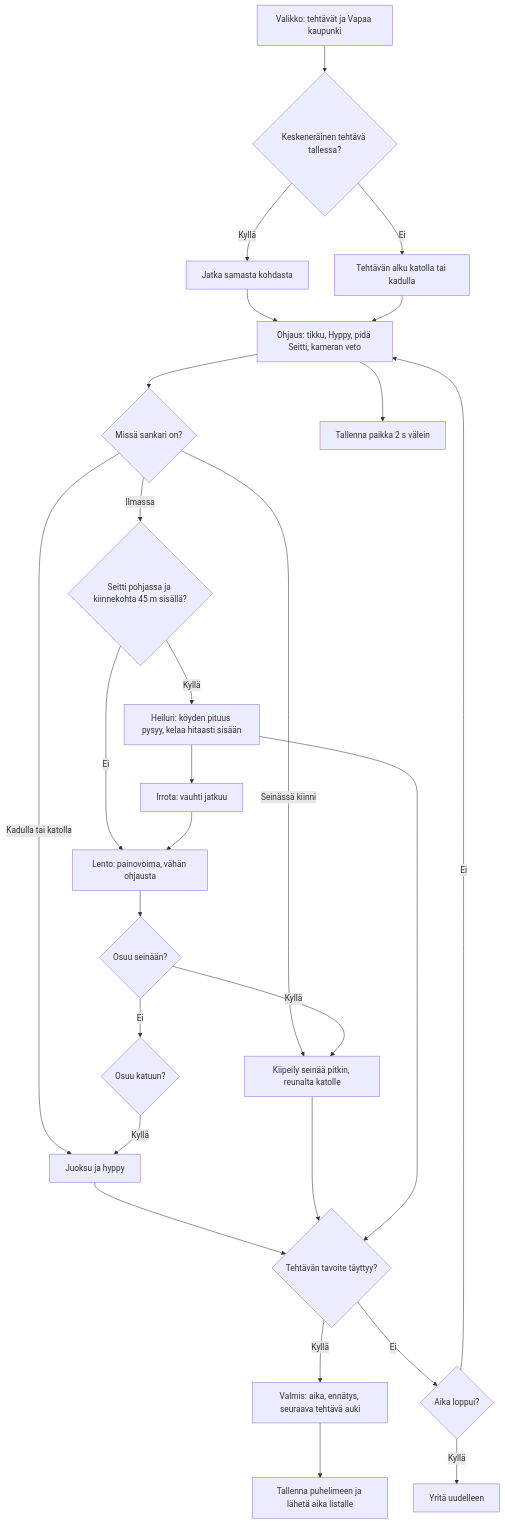
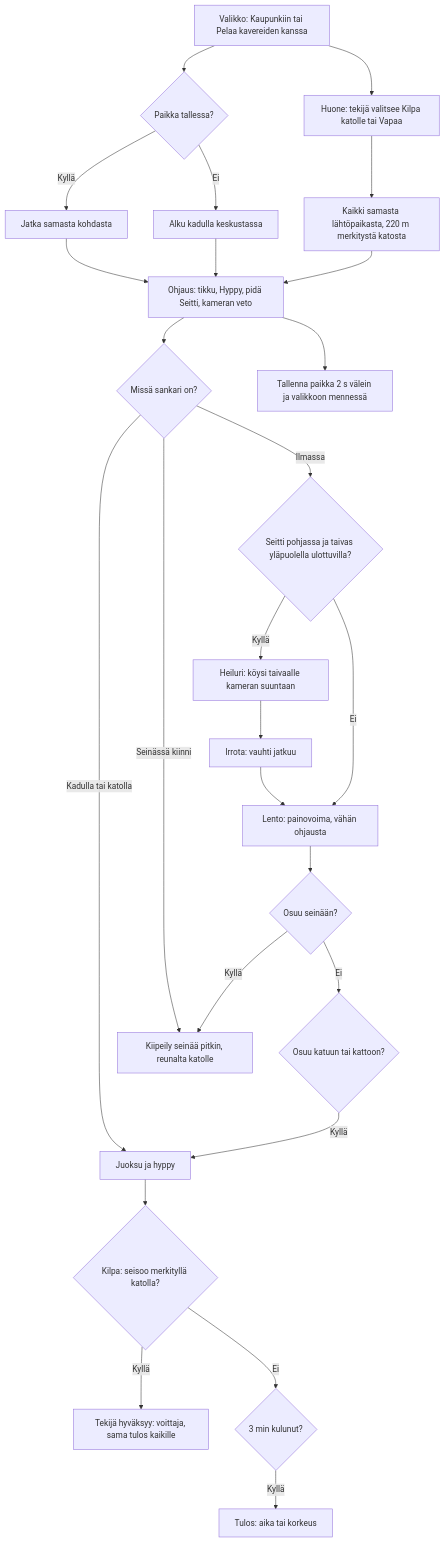
The diagram in docs/diagrams/seittisankari.md (eerovil/ai-pelit), drawn with Mermaid before and after one commit. The commit also changed other lines of this file and 10 other files, not shown here.

````diff
--- a/docs/diagrams/seittisankari.md
+++ b/docs/diagrams/seittisankari.md
@@ -5,35 +5,33 @@
 ```mermaid
 flowchart TD
-    A[Valikko: tehtävät ja Vapaa kaupunki] --> B{Keskeneräinen tehtävä tallessa?}
+    A[Valikko: Kaupunkiin tai Pelaa kavereiden kanssa] --> B{Paikka tallessa?}
     B -- Kyllä --> C[Jatka samasta kohdasta]
-    B -- Ei --> D[Tehtävän alku katolla tai kadulla]
+    B -- Ei --> D[Alku kadulla keskustassa]
     C --> E
     D --> E[Ohjaus: tikku, Hyppy, pidä Seitti, kameran veto]
     E --> F{Missä sankari on?}
     F -- Kadulla tai katolla --> G[Juoksu ja hyppy]
     F -- Seinässä kiinni --> H[Kiipeily seinää pitkin, reunalta katolle]
-    F -- Ilmassa --> I{Seitti pohjassa ja kiinnekohta 45 m sisällä?}
-    I -- Kyllä --> J[Heiluri: köyden pituus pysyy, kelaa hitaasti sisään]
+    F -- Ilmassa --> I{Seitti pohjassa ja taivas yläpuolella ulottuvilla?}
+    I -- Kyllä --> J[Heiluri: köysi taivaalle kameran suuntaan]
     I -- Ei --> K[Lento: painovoima, vähän ohjausta]
     J --> L[Irrota: vauhti jatkuu]
     L --> K
     K --> M{Osuu seinään?}
     M -- Kyllä --> H
-    M -- Ei --> N{Osuu katuun?}
+    M -- Ei --> N{Osuu katuun tai kattoon?}
     N -- Kyllä --> G
-    G --> O{Tehtävän tavoite täyttyy?}
-    H --> O
-    J --> O
-    O -- Kyllä --> P[Valmis: aika, ennätys, seuraava tehtävä auki]
-    O -- Ei --> Q{Aika loppui?}
-    Q -- Kyllä --> R[Yritä uudelleen]
-    Q -- Ei --> E
-    P --> S[Tallenna puhelimeen ja lähetä aika listalle]
-    E --> T[Tallenna paikka 2 s välein]
+    E --> T[Tallenna paikka 2 s välein ja valikkoon mennessä]
+    A --> R[Huone: tekijä valitsee Kilpa katolle tai Vapaa]
+    R --> S[Kaikki samasta lähtöpaikasta, 220 m merkitystä katosta]
+    S --> E
+    G --> U{Kilpa: seisoo merkityllä katolla?}
+    U -- Kyllä --> V[Tekijä hyväksyy: voittaja, sama tulos kaikille]
+    U -- Ei --> W{3 min kulunut?}
+    W -- Kyllä --> X[Tulos: aika tai korkeus]
     class A,B,C,D blue
     class E,G,H violet
     class I,J,K,L,M,N teal
-    class O,P green
-    class Q,R rose
-    class S,T amber
+    class R,S,U,V,W,X green
+    class T amber
 ```
````
